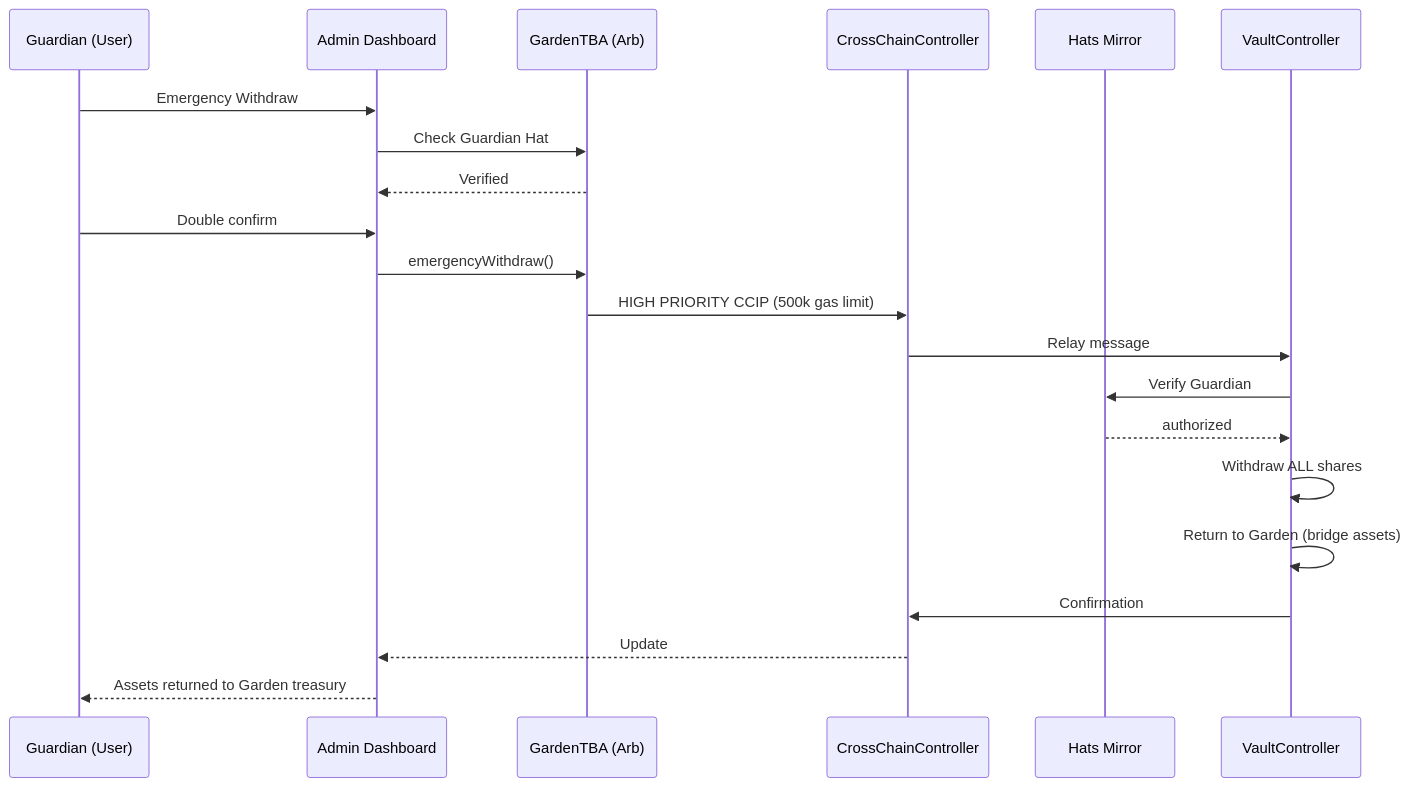
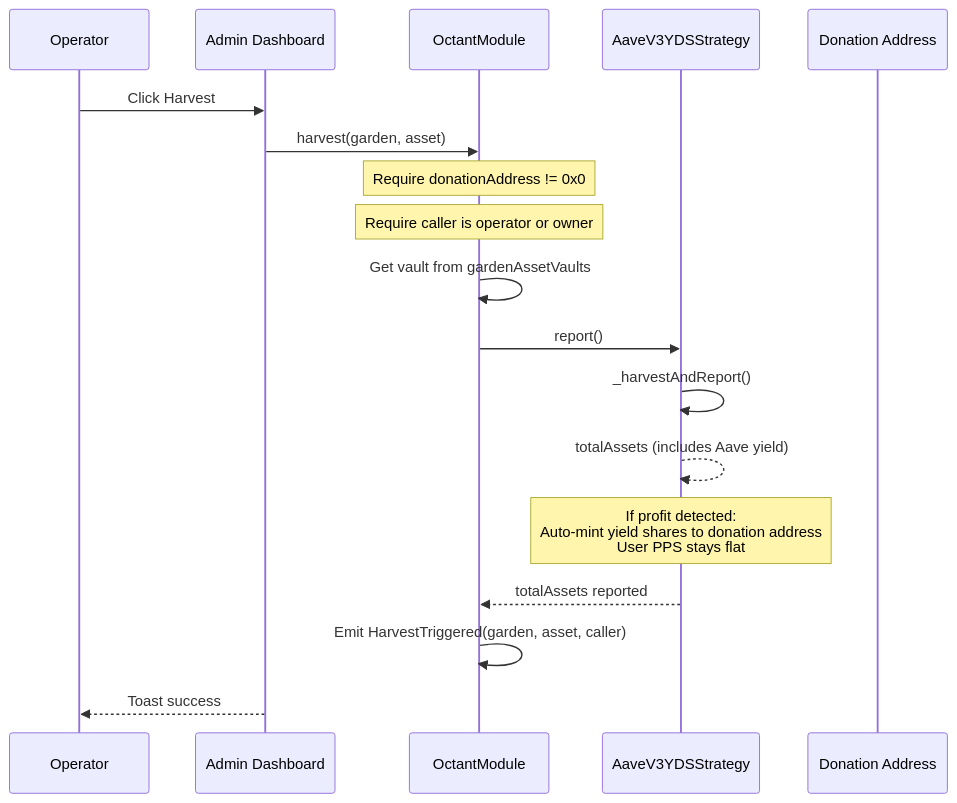
The fourth of 4 diagrams in docs/docs/specs/octant/octant-feature-spec.md (greenpill-dev-guild/green-goods), drawn with Mermaid before and after one commit. The commit also changed other lines of this file and 7 other files, not shown here.

First line of the commit message:
docs(octant): update vault specs, plans, and cross-chain appendix

````diff
--- a/docs/docs/specs/octant/octant-feature-spec.md
+++ b/docs/docs/specs/octant/octant-feature-spec.md
@@ -846,29 +432,26 @@
 ```mermaid
 sequenceDiagram
-    participant Guardian as Guardian (User)
-    participant Dashboard as Admin Dashboard
-    participant GardenTBA as GardenTBA (Arb)
-    participant CCC as CrossChainController
-    participant HatsMirror as Hats Mirror
-    participant VaultCtrl as VaultController
+    participant Op as Operator
+    participant Admin as Admin Dashboard
+    participant OM as OctantModule
+    participant Strategy as AaveV3YDSStrategy
+    participant Donation as Donation Address
 
-    Guardian->>Dashboard: Emergency Withdraw
-    Dashboard->>GardenTBA: Check Guardian Hat
-    GardenTBA-->>Dashboard: Verified
+    Op->>Admin: Click Harvest
+    Admin->>OM: harvest(garden, asset)
 
-    Guardian->>Dashboard: Double confirm
-    Dashboard->>GardenTBA: emergencyWithdraw()
-    GardenTBA->>CCC: HIGH PRIORITY CCIP (500k gas limit)
+    Note over OM: Require donationAddress != 0x0
+    Note over OM: Require caller is operator or owner
 
-    CCC->>VaultCtrl: Relay message
-    VaultCtrl->>HatsMirror: Verify Guardian
-    HatsMirror-->>VaultCtrl: authorized
+    OM->>OM: Get vault from gardenAssetVaults
+    OM->>Strategy: report()
+    Strategy->>Strategy: _harvestAndReport()
+    Strategy-->>Strategy: totalAssets (includes Aave yield)
 
-    VaultCtrl->>VaultCtrl: Withdraw ALL shares
-    VaultCtrl->>VaultCtrl: Return to Garden (bridge assets)
+    Note over Strategy: If profit detected:<br/>Auto-mint yield shares to donation address<br/>User PPS stays flat
 
-    VaultCtrl->>CCC: Confirmation
-    CCC-->>Dashboard: Update
+    Strategy-->>OM: totalAssets reported
+    OM->>OM: Emit HarvestTriggered(garden, asset, caller)
 
-    Dashboard-->>Guardian: Assets returned to Garden treasury
+    Admin-->>Op: Toast success
 ```
````
